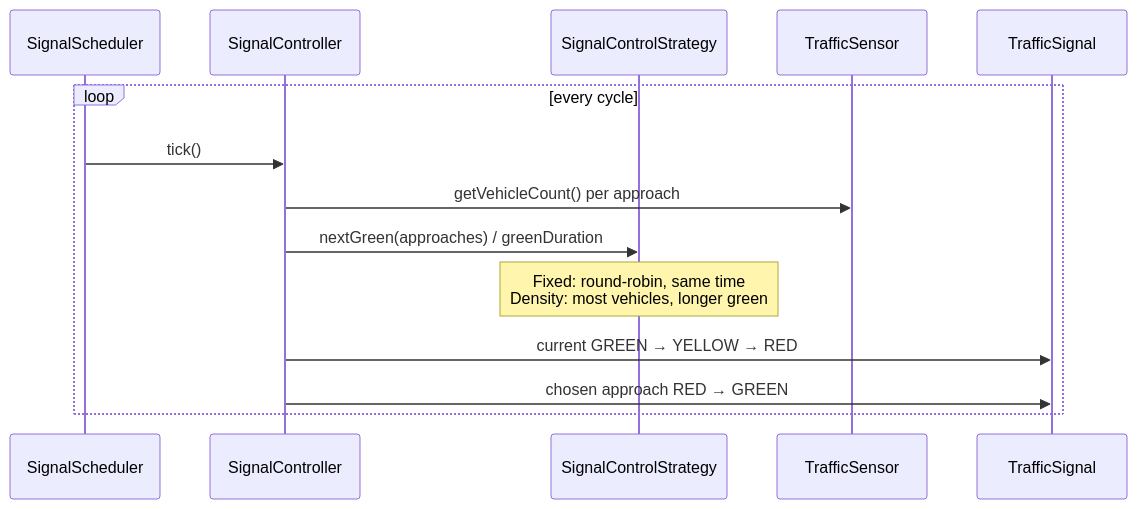
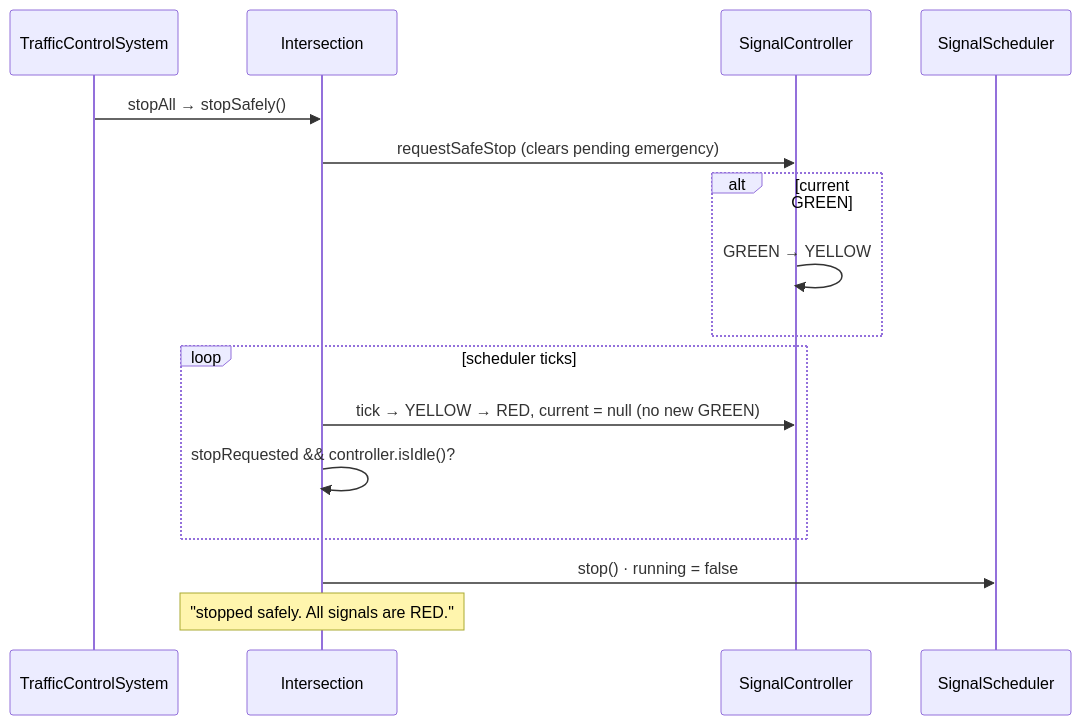
One commit to vk2201/LLD changed the seventh of 8 diagrams in TrafficControlSystem/FLOW.md. Above: the diagram before and after it, drawn with Mermaid. The commit also changed other lines of this file and 1 other file, not shown here.

First line of the commit message:
Regenerate TrafficControlSystem flow diagrams from implemented code

````diff
--- a/TrafficControlSystem/FLOW.md
+++ b/TrafficControlSystem/FLOW.md
@@ -57,17 +194,18 @@
 ```mermaid
 sequenceDiagram
-    participant SCH as SignalScheduler
+    participant TCS as TrafficControlSystem
+    participant I as Intersection
     participant C as SignalController
-    participant ST as SignalControlStrategy
-    participant SE as TrafficSensor
-    participant SG as TrafficSignal
-
-    loop every cycle
-        SCH->>C: tick()
-        C->>SE: getVehicleCount() per approach
-        C->>ST: nextGreen(approaches) / greenDuration
-        Note over ST: Fixed: round-robin, same time<br/>Density: most vehicles, longer green
-        C->>SG: current GREEN → YELLOW → RED
-        C->>SG: chosen approach RED → GREEN
+    participant S as SignalScheduler
+    TCS->>I: stopAll → stopSafely()
+    I->>C: requestSafeStop (clears pending emergency)
+    alt current GREEN
+        C->>C: GREEN → YELLOW
     end
+    loop scheduler ticks
+        I->>C: tick → YELLOW → RED, current = null (no new GREEN)
+        I->>I: stopRequested && controller.isIdle()?
+    end
+    I->>S: stop() · running = false
+    Note over I: "stopped safely. All signals are RED."
 ```
````
